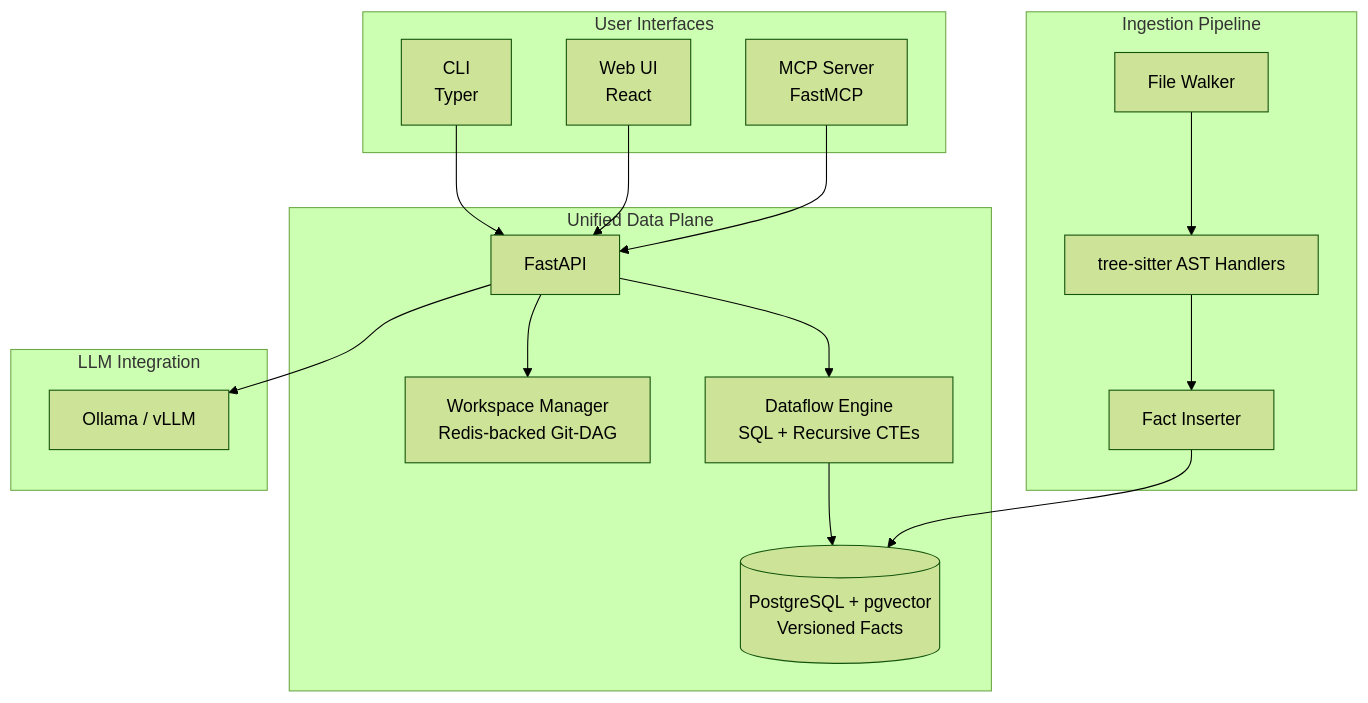
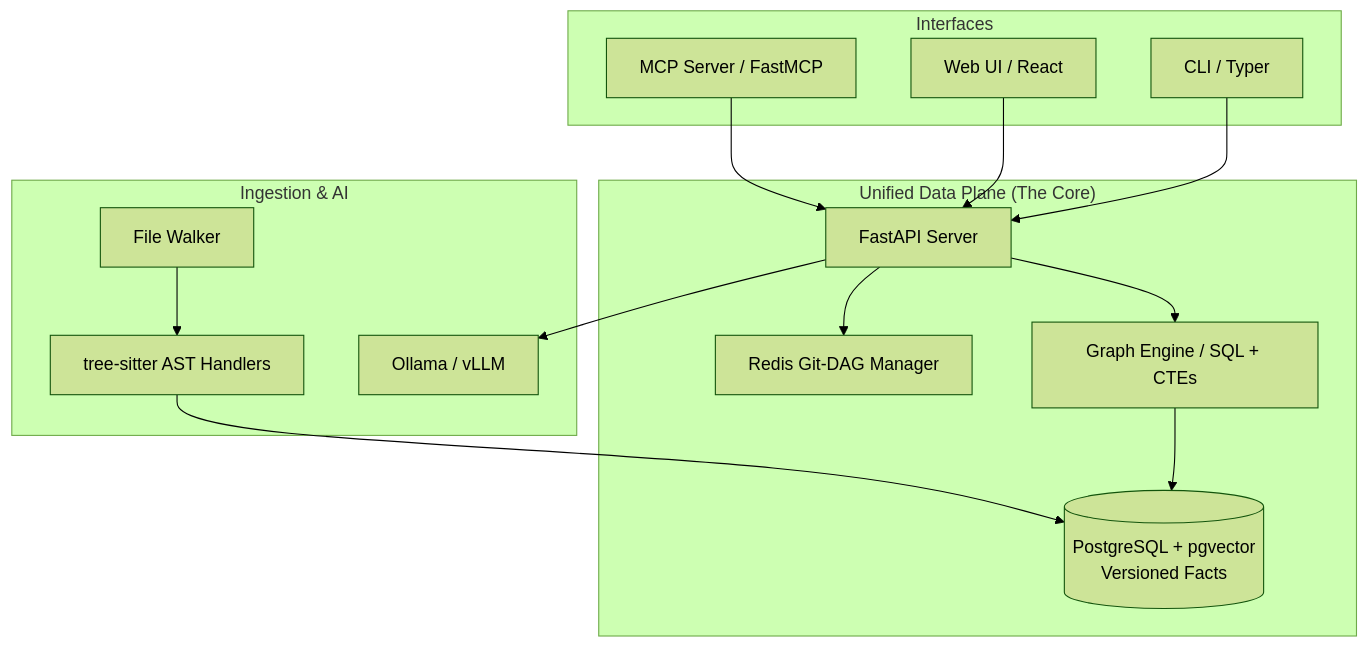
Before and after one commit to bmrtech-oss/code-intel: the diagram in README.md, drawn with Mermaid (forest theme). The commit also changed other lines of this file and 8 other files, not shown here.

````diff
--- a/README.md
+++ b/README.md
@@ -9,34 +41,26 @@
 ```mermaid
 graph TB
-    subgraph "User Interfaces"
-        CLI[CLI<br/>Typer]
-        WebUI[Web UI<br/>React]
-        MCP[MCP Server<br/>FastMCP]
+    subgraph "Interfaces"
+        CLI[CLI / Typer]
+        WebUI[Web UI / React]
+        MCP[MCP Server / FastMCP]
     end
 
-    subgraph "Unified Data Plane"
-        API[FastAPI]
-        Workspace[Workspace Manager<br/>Redis-backed Git-DAG]
-        Engine[Dataflow Engine<br/>SQL + Recursive CTEs]
+    subgraph "Unified Data Plane (The Core)"
+        API[FastAPI Server]
+        Workspace[Redis Git-DAG Manager]
+        Engine[Graph Engine / SQL + CTEs]
         Store[(PostgreSQL + pgvector<br/>Versioned Facts)]
     end
 
-    subgraph "Ingestion Pipeline"
+    subgraph "Ingestion & AI"
         Walker[File Walker]
         Parser[tree-sitter AST Handlers]
-        FactInserter[Fact Inserter]
-    end
-
-    subgraph "LLM Integration"
         Ollama[Ollama / vLLM]
     end
 
-    CLI --> API
-    WebUI --> API
-    MCP --> API
-    API --> Workspace
-    API --> Engine
+    CLI & WebUI & MCP --> API
+    API --> Workspace & Engine & Ollama
     Engine --> Store
-    Walker --> Parser --> FactInserter --> Store
-    API --> Ollama
+    Walker --> Parser --> Store
 ```
````
